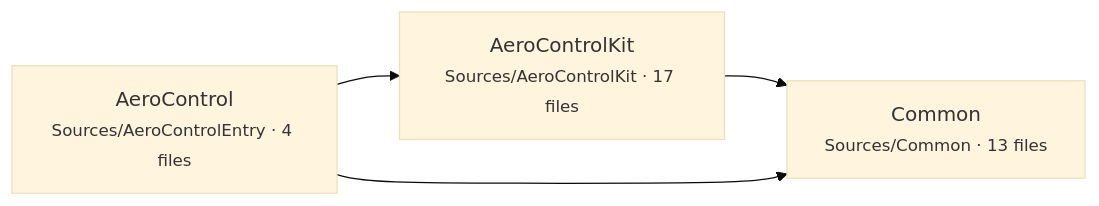
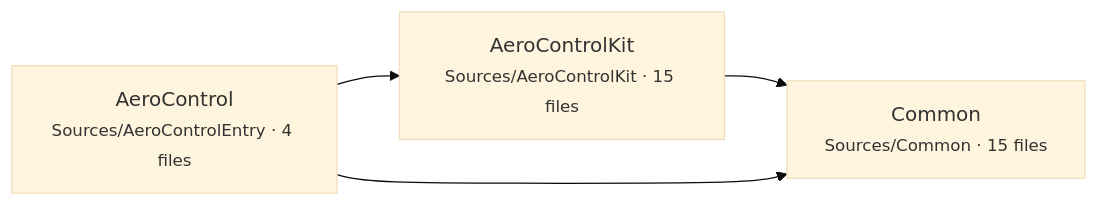
The first of 5 diagrams in docs/architecture.md (kim-raaschou/AeroControl), drawn with Mermaid (base theme) before and after one commit. The commit also changed other lines of this file and 18 other files, not shown here.

````diff
--- a/docs/architecture.md
+++ b/docs/architecture.md
@@ -9,9 +9,9 @@
 ```mermaid
 flowchart LR
-    Common["Common<br/><small>Sources/Common · 13 files</small>"]
-    AeroControlKit["AeroControlKit<br/><small>Sources/AeroControlKit · 17 files</small>"]
+    Common["Common<br/><small>Sources/Common · 15 files</small>"]
+    AeroControlKit["AeroControlKit<br/><small>Sources/AeroControlKit · 15 files</small>"]
     AeroControl["AeroControl<br/><small>Sources/AeroControlEntry · 4 files</small>"]
     AeroControlKit --> Common
     AeroControl --> Common
     AeroControl --> AeroControlKit
 ```
````
